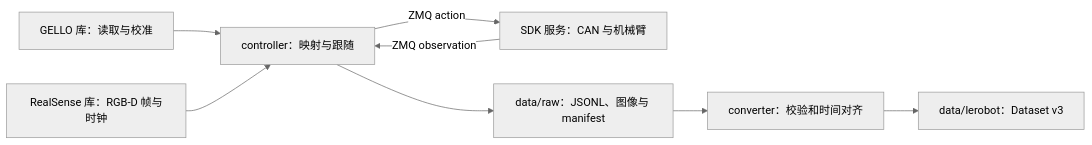
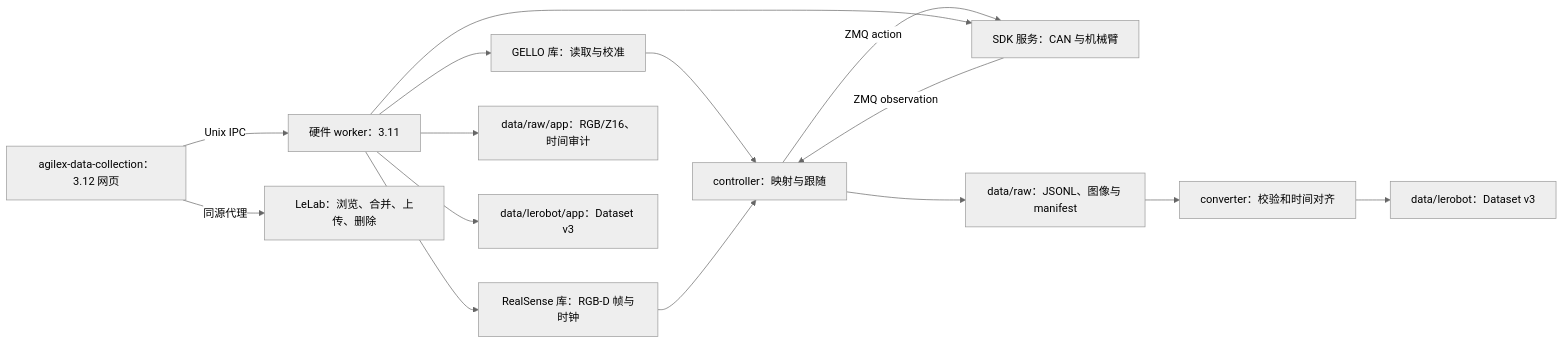
Before and after one commit to KnightOrNot/agilex-controller: the diagram in docs/index.md, drawn with Mermaid (neutral theme). The commit also changed other lines of this file and 19 other files, not shown here.

````diff
--- a/docs/index.md
+++ b/docs/index.md
@@ -7,10 +11,18 @@
 ```mermaid
 flowchart LR
     G[GELLO 库：读取与校准] --> C[controller：映射与跟随]
     A[RealSense 库：RGB-D 帧与时钟] --> C
     C -->|ZMQ action| S[SDK 服务：CAN 与机械臂]
     S -->|ZMQ observation| C
     C --> R[data/raw：JSONL、图像与 manifest]
     R --> L[converter：校验和时间对齐]
     L --> D[data/lerobot：Dataset v3]
+
+    W[agilex-data-collection：3.12 网页] -->|Unix IPC| H[硬件 worker：3.11]
+    H --> G
+    H --> A
+    H --> S
+    H --> R2[data/raw/app：RGB/Z16、时间审计]
+    H --> D2[data/lerobot/app：Dataset v3]
+    W -->|同源代理| B[LeLab：浏览、合并、上传、删除]
 ```
````
